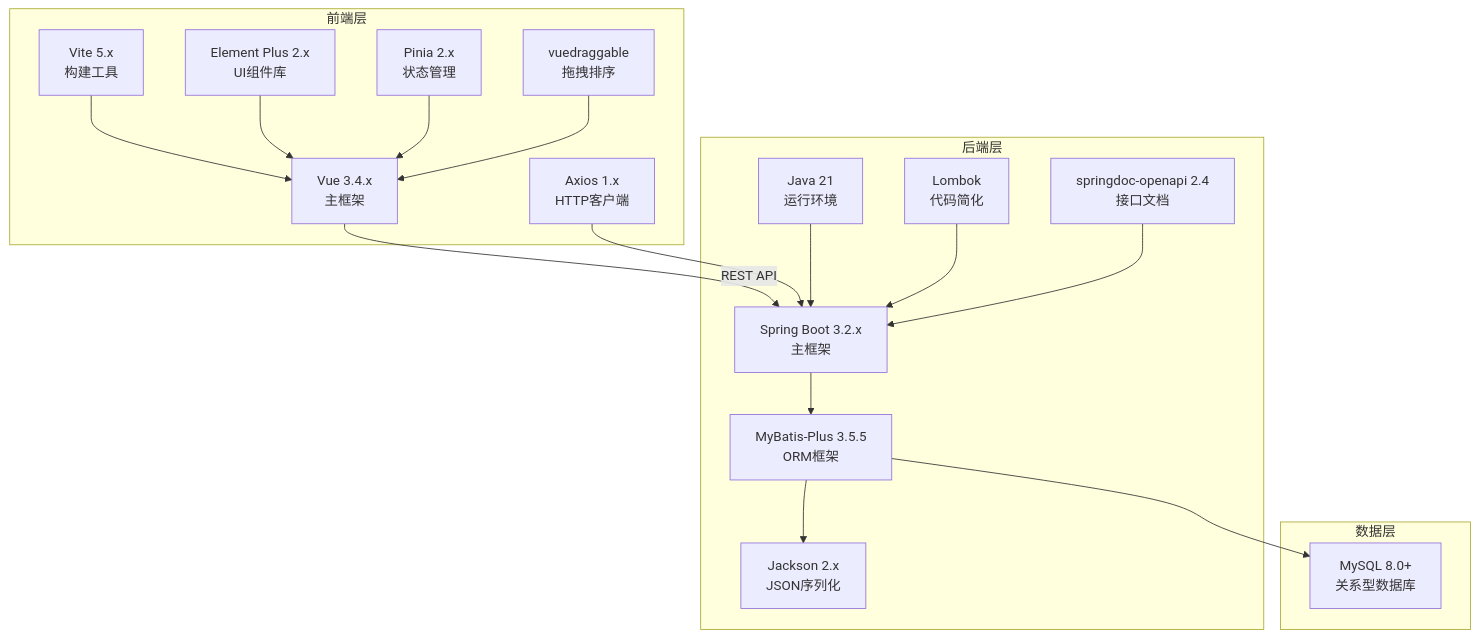
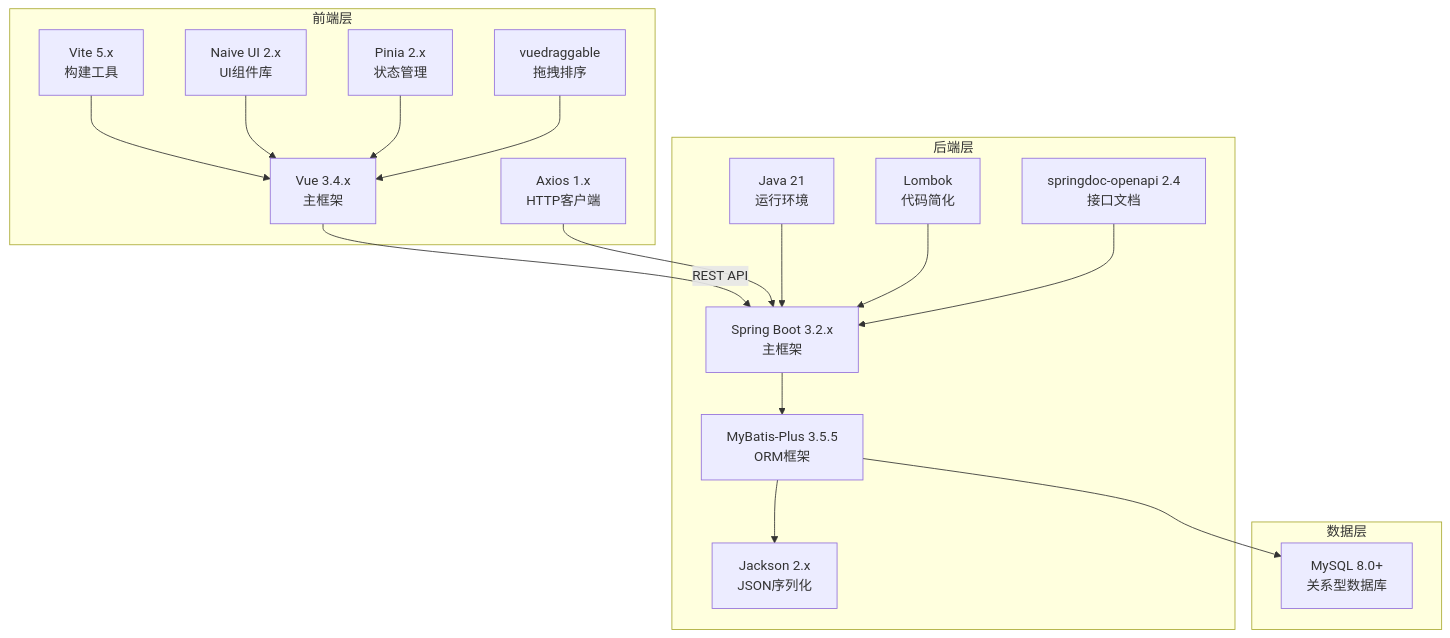
One commit to NJMrLi/genetics changed the third of 5 diagrams in .qoder/repowiki/zh/content/技术栈选型.md. Above: the diagram before and after it, drawn with Mermaid. The commit also changed other lines of this file and 32 other files, not shown here.

````diff
--- a/.qoder/repowiki/zh/content/技术栈选型.md
+++ b/.qoder/repowiki/zh/content/技术栈选型.md
@@ -171,34 +184,34 @@
 ```mermaid
 graph TB
 subgraph "前端层"
 A[Vue 3.4.x<br/>主框架]
 B[Vite 5.x<br/>构建工具]
-C[Element Plus 2.x<br/>UI组件库]
+C[Naive UI 2.x<br/>UI组件库]
 D[Pinia 2.x<br/>状态管理]
 E[Axios 1.x<br/>HTTP客户端]
 F[vuedraggable<br/>拖拽排序]
 end
 subgraph "后端层"
 G[Spring Boot 3.2.x<br/>主框架]
 H[Java 21<br/>运行环境]
 I[MyBatis-Plus 3.5.5<br/>ORM框架]
 J[Jackson 2.x<br/>JSON序列化]
 K[Lombok<br/>代码简化]
 L[springdoc-openapi 2.4<br/>接口文档]
 end
 subgraph "数据层"
 M[MySQL 8.0+<br/>关系型数据库]
 end
 A --> |REST API| G
 B --> A
 C --> A
 D --> A
 E --> G
 F --> A
 G --> I
 H --> G
 I --> J
 I --> M
 K --> G
 L --> G
 ```
````
